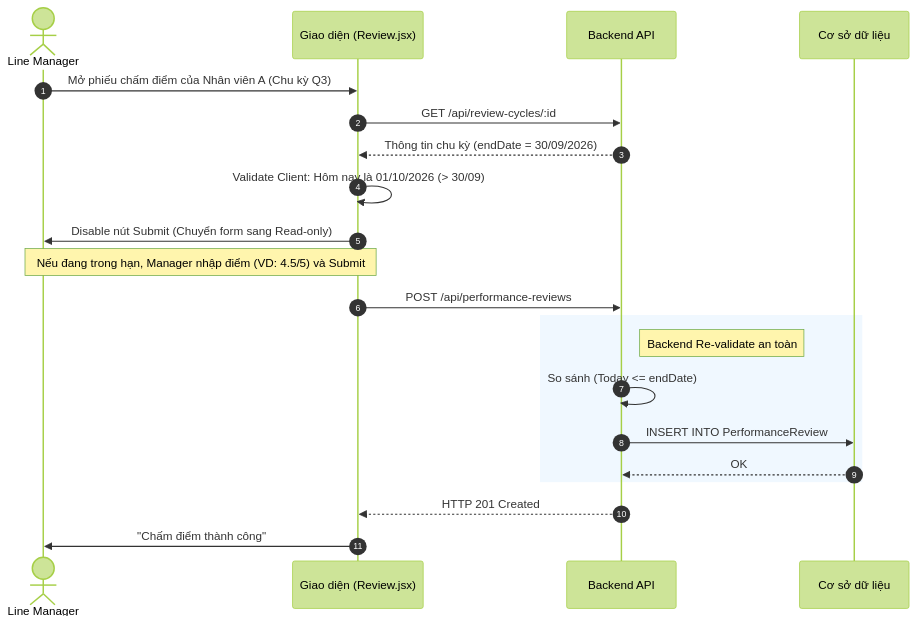
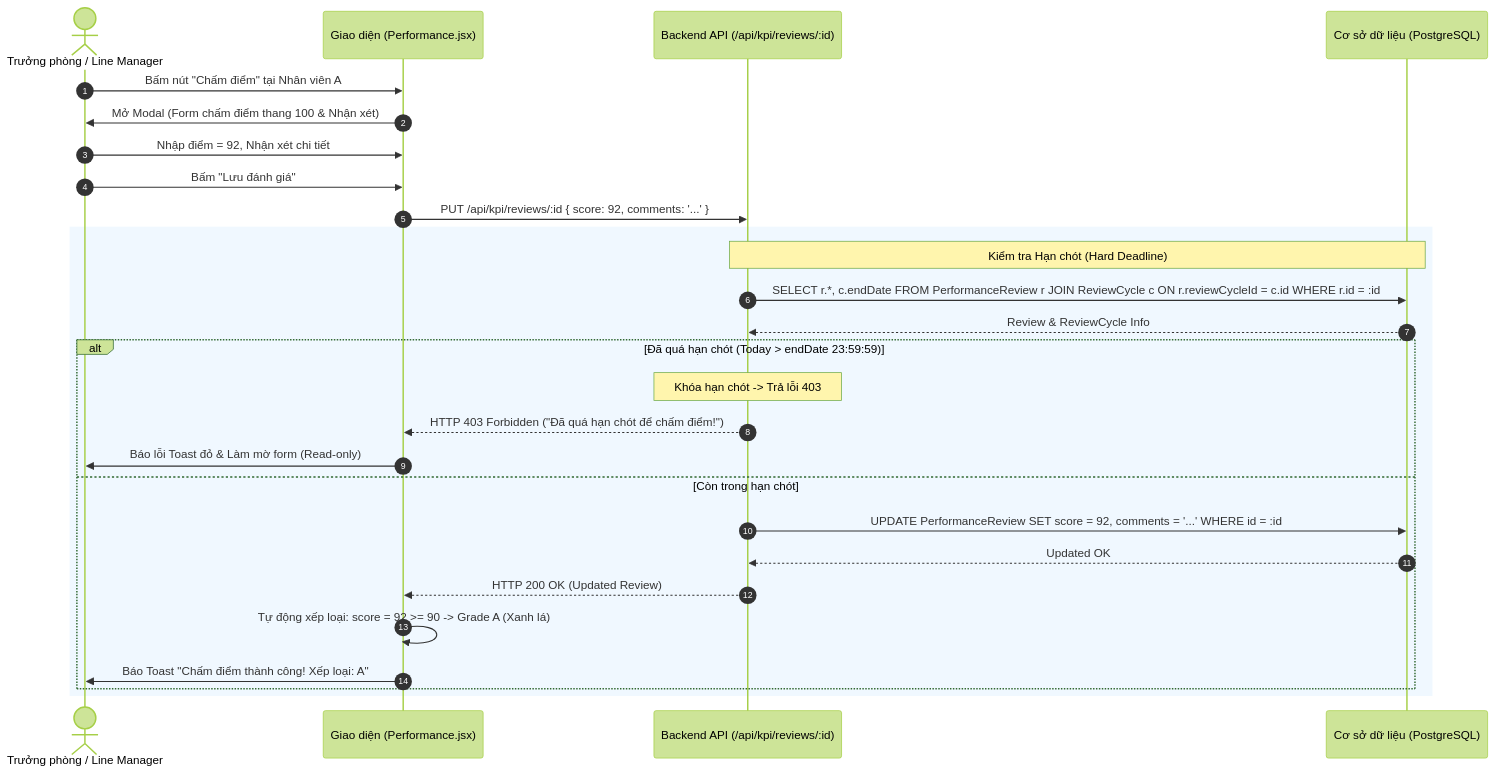
One commit to aye2710/HRM-DATN changed the sixth of 6 diagrams in docs/Tài liệu phân tích nghiệp vụ từng module/Module Đánh giá KPI/Chuc-nang-Cham-diem.md. Above: the diagram before and after it, drawn with Mermaid (forest theme). The commit also changed other lines of this file and 27 other files, not shown here.

````diff
--- a/docs/Tài liệu phân tích nghiệp vụ từng module/Module Đánh giá KPI/Chuc-nang-Cham-diem.md
+++ b/docs/Tài liệu phân tích nghiệp vụ từng module/Module Đánh giá KPI/Chuc-nang-Cham-diem.md
@@ -12,29 +230,33 @@
 ```mermaid
 sequenceDiagram
     autonumber
-    actor MNG as Line Manager
-    participant FE as Giao diện (Review.jsx)
-    participant BE as Backend API
-    participant DB as Cơ sở dữ liệu
+    actor MGR as Trưởng phòng / Line Manager
+    participant FE as Giao diện (Performance.jsx)
+    participant BE as Backend API (/api/kpi/reviews/:id)
+    participant DB as Cơ sở dữ liệu (PostgreSQL)
 
-    MNG->>FE: Mở phiếu chấm điểm của Nhân viên A (Chu kỳ Q3)
-    FE->>BE: GET /api/review-cycles/:id
-    BE-->>FE: Thông tin chu kỳ (endDate = 30/09/2026)
+    MGR->>FE: Bấm nút "Chấm điểm" tại Nhân viên A
+    FE->>MGR: Mở Modal (Form chấm điểm thang 100 & Nhận xét)
+    MGR->>FE: Nhập điểm = 92, Nhận xét chi tiết
+    MGR->>FE: Bấm "Lưu đánh giá"
     
-    FE->>FE: Validate Client: Hôm nay là 01/10/2026 (> 30/09)
-    FE->>MNG: Disable nút Submit (Chuyển form sang Read-only)
-    
-    note over MNG, FE: Nếu đang trong hạn, Manager nhập điểm (VD: 4.5/5) và Submit
-    
-    FE->>BE: POST /api/performance-reviews
+    FE->>BE: PUT /api/kpi/reviews/:id { score: 92, comments: '...' }
     
     rect rgb(240, 248, 255)
-        note right of BE: Backend Re-validate an toàn
-        BE->>BE: So sánh (Today <= endDate)
-        BE->>DB: INSERT INTO PerformanceReview
-        DB-->>BE: OK
+        Note over BE, DB: Kiểm tra Hạn chót (Hard Deadline)
+        BE->>DB: SELECT r.*, c.endDate FROM PerformanceReview r JOIN ReviewCycle c ON r.reviewCycleId = c.id WHERE r.id = :id
+        DB-->>BE: Review & ReviewCycle Info
+        
+        alt Đã quá hạn chót (Today > endDate 23:59:59)
+            Note over BE: Khóa hạn chót -> Trả lỗi 403
+            BE-->>FE: HTTP 403 Forbidden ("Đã quá hạn chót để chấm điểm!")
+            FE->>MGR: Báo lỗi Toast đỏ & Làm mờ form (Read-only)
+        else Còn trong hạn chót
+            BE->>DB: UPDATE PerformanceReview SET score = 92, comments = '...' WHERE id = :id
+            DB-->>BE: Updated OK
+            BE-->>FE: HTTP 200 OK (Updated Review)
+            FE->>FE: Tự động xếp loại: score = 92 >= 90 -> Grade A (Xanh lá)
+            FE->>MGR: Báo Toast "Chấm điểm thành công! Xếp loại: A"
+        end
     end
-    
-    BE-->>FE: HTTP 201 Created
-    FE->>MNG: "Chấm điểm thành công"
 ```
````
